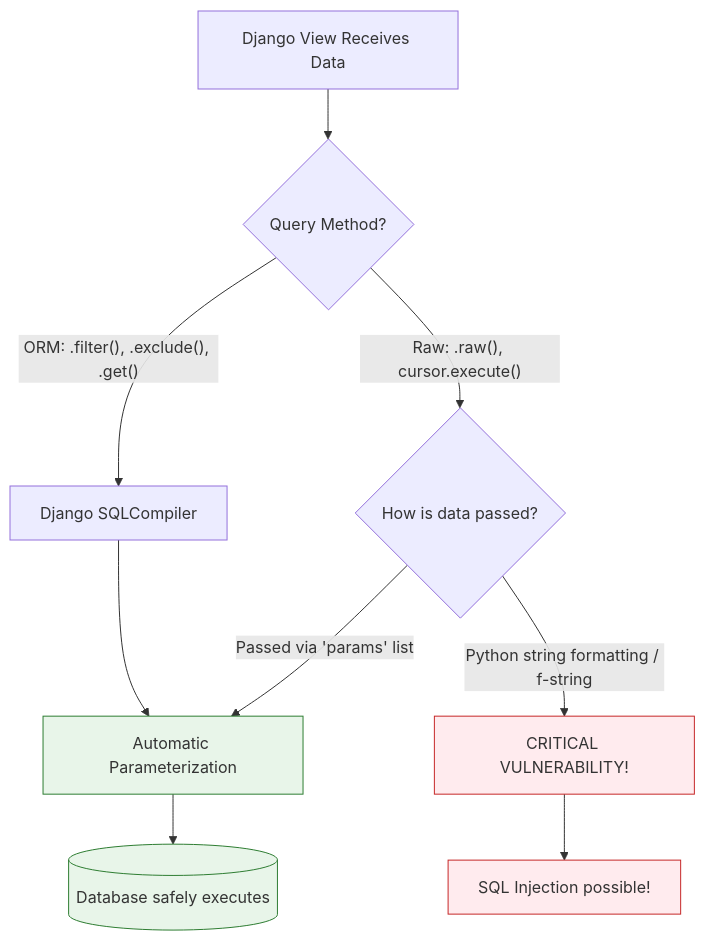
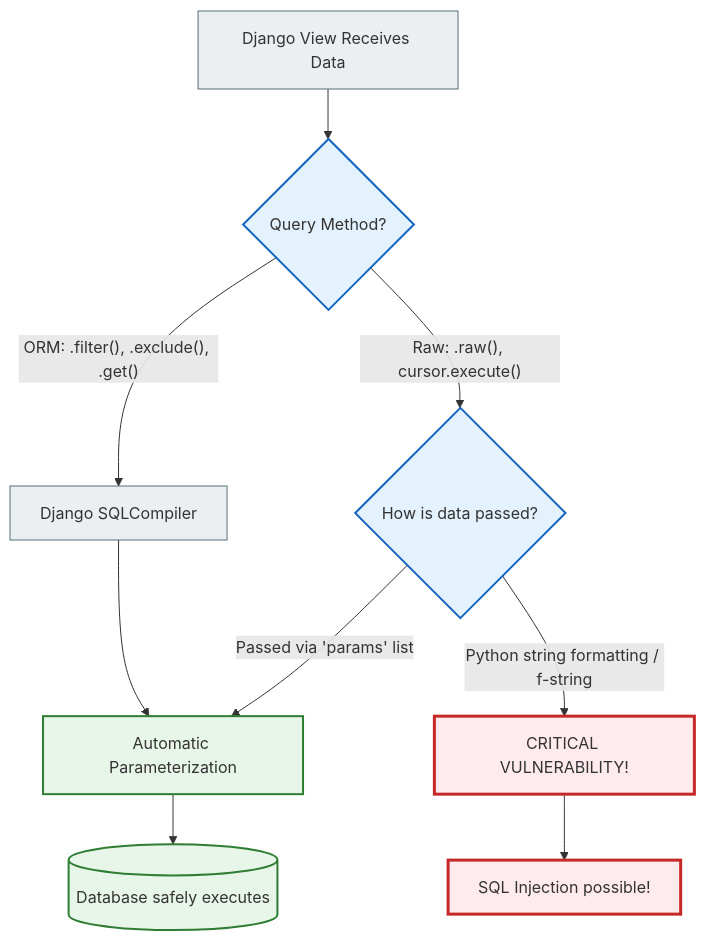
One commit to NikoriakViktot/notes_chat_app changed the fourth of 4 diagrams in docs/03_database_and_orm/relational_db_foundations_full.md. Above: the diagram before and after it, drawn with Mermaid. The commit also changed other lines of this file and 441 other files, not shown here.

First line of the commit message:
Add English version of the book, Mermaid standard, docs fixes

````diff
--- a/docs/03_database_and_orm/relational_db_foundations_full.md
+++ b/docs/03_database_and_orm/relational_db_foundations_full.md
@@ -941,16 +957,20 @@
 ```mermaid
 graph TD
     A[Django View Receives Data] --> B{Query Method?}
     B -->|"ORM: .filter(), .exclude(), .get()"| C[Django SQLCompiler]
     B -->|"Raw: .raw(), cursor.execute()"| D{How is data passed?}
     C --> E[Automatic Parameterization]
     D -->|"Passed via 'params' list"| E
     D -->|"Python string formatting / f-string"| F[CRITICAL VULNERABILITY!]
     E --> G[(Database safely executes)]
     F --> H[SQL Injection possible!]
 
-    style F fill:#ffebee,stroke:#c62828
-    style H fill:#ffebee,stroke:#c62828
-    style E fill:#e8f5e9,stroke:#2e7d32
-    style G fill:#e8f5e9,stroke:#2e7d32
+    classDef step     fill:#eceff1,stroke:#546e7a,stroke-width:1px;
+    classDef decision fill:#e3f2fd,stroke:#1565c0,stroke-width:2px;
+    classDef success  fill:#e8f5e9,stroke:#2e7d32,stroke-width:2px;
+    classDef error    fill:#ffebee,stroke:#c62828,stroke-width:3px;
+    class A,C step;
+    class B,D decision;
+    class E,G success;
+    class F,H error;
 ```
````
